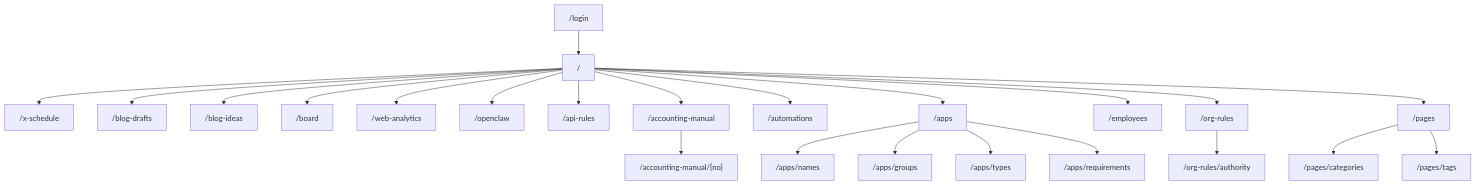
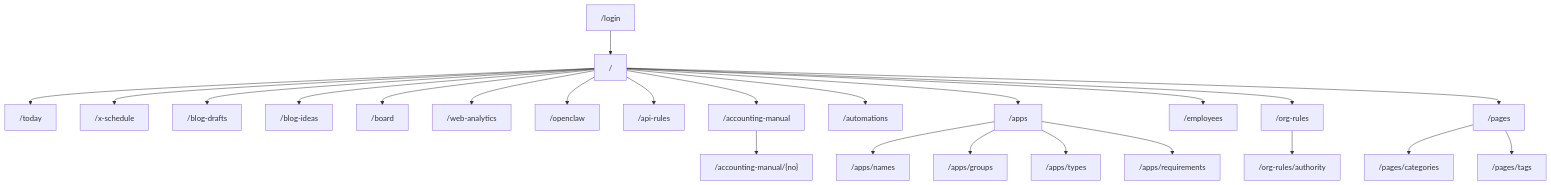
The diagram in docs/interfaces.md (ssstakahashi/ai-org), drawn with Mermaid before and after one commit. The commit also changed other lines of this file and 15 other files, not shown here.

````diff
--- a/docs/interfaces.md
+++ b/docs/interfaces.md
@@ -11,25 +11,26 @@
 ```mermaid
 flowchart TD
   Login["/login"] --> Home["/"]
+  Home --> Today["/today"]
   Home --> XSchedule["/x-schedule"]
   Home --> BlogDrafts["/blog-drafts"]
   Home --> BlogIdeas["/blog-ideas"]
   Home --> Board["/board"]
   Home --> WebAnalytics["/web-analytics"]
   Home --> OpenClaw["/openclaw"]
   Home --> ApiRules["/api-rules"]
   Home --> AccountingManual["/accounting-manual"]
   AccountingManual --> AccountingManualEntry["/accounting-manual/{no}"]
   Home --> Automations["/automations"]
   Home --> Apps["/apps"]
   Home --> Employees["/employees"]
   Home --> OrgRules["/org-rules"]
   Home --> Pages["/pages"]
   Apps --> AppNames["/apps/names"]
   Apps --> AppGroups["/apps/groups"]
   Apps --> AppTypes["/apps/types"]
   Apps --> AppReqs["/apps/requirements"]
   OrgRules --> Authority["/org-rules/authority"]
   Pages --> PageCats["/pages/categories"]
   Pages --> PageTags["/pages/tags"]
 ```
````
